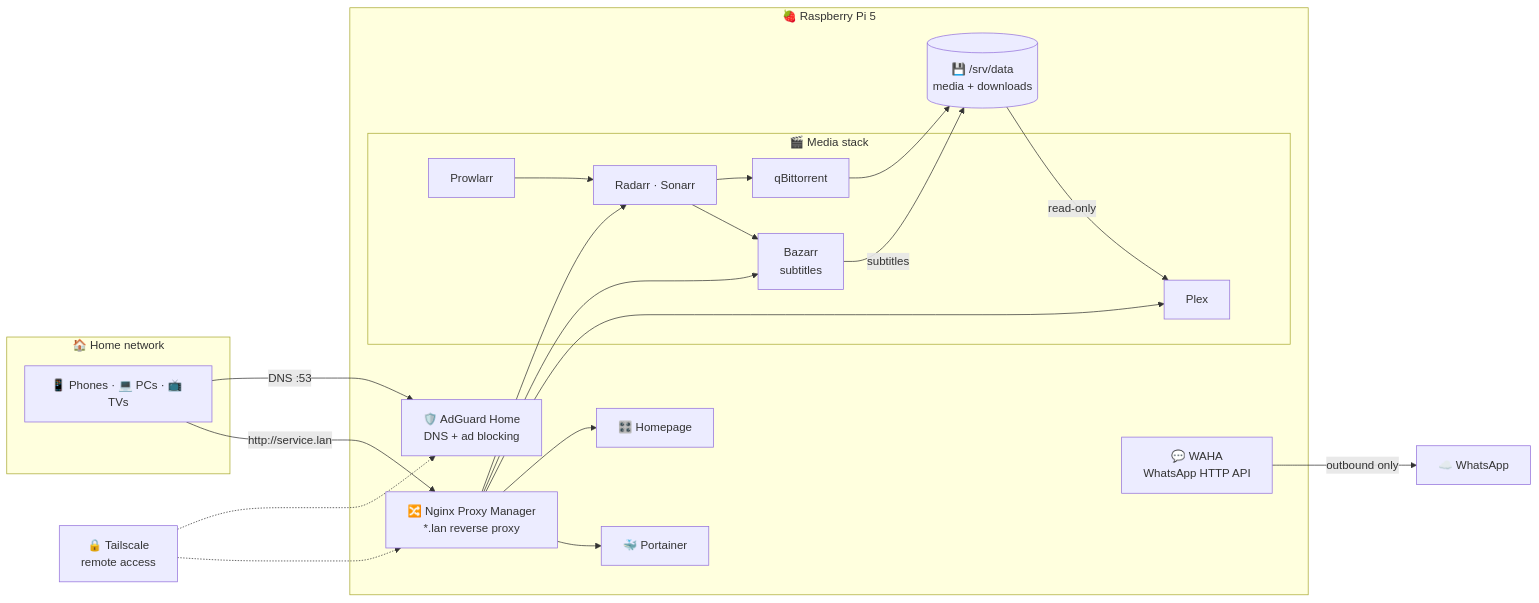
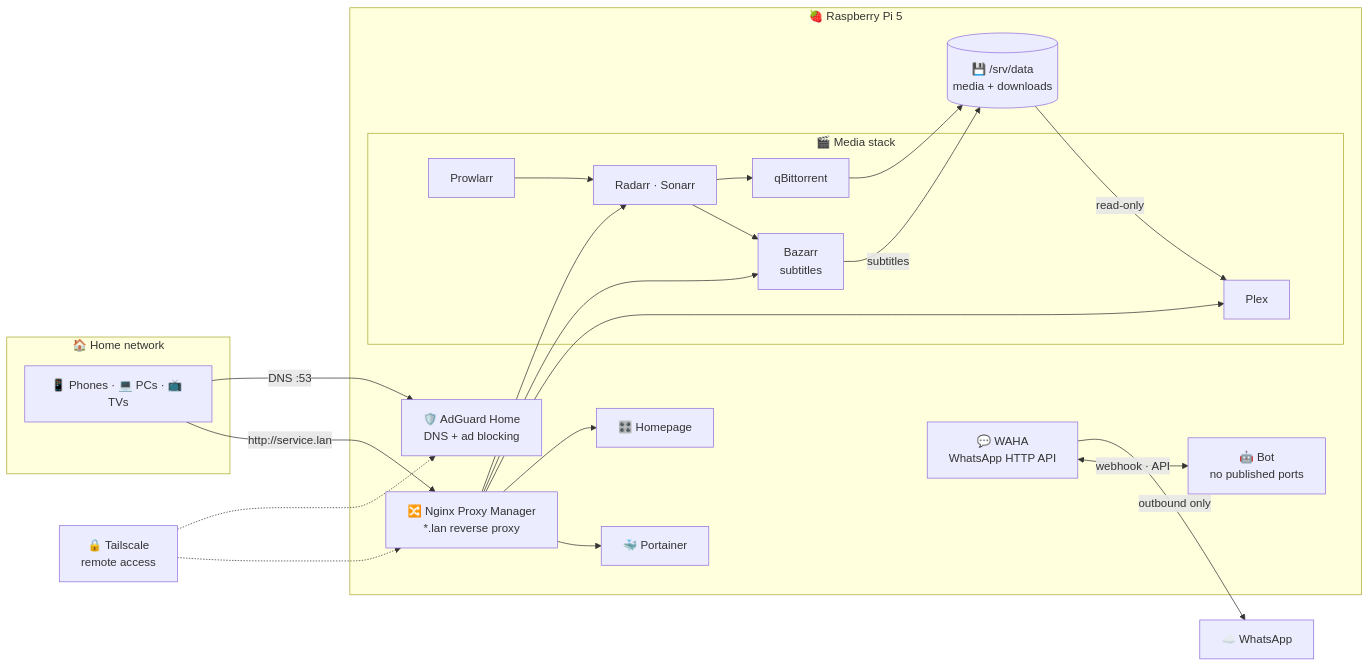
The diagram in README.md (Whuaxu/DjBerry-Homelab), drawn with Mermaid before and after one commit. The commit also changed other lines of this file and 2 other files, not shown here.

Commit message:
docs(repo): Allowlisted the bot source in gitignore and documented the bot in README and root compose

````diff
--- a/README.md
+++ b/README.md
@@ -45,38 +45,40 @@
 ```mermaid
 flowchart LR
     subgraph home["🏠 Home network"]
         D["📱 Phones · 💻 PCs · 📺 TVs"]
     end
     VPN["🔒 Tailscale<br/>remote access"]
 
     subgraph pi["🍓 Raspberry Pi 5"]
         AG["🛡️ AdGuard Home<br/>DNS + ad blocking"]
         NPM["🔀 Nginx Proxy Manager<br/>*.lan reverse proxy"]
         HP["🎛️ Homepage"]
         PT["🐳 Portainer"]
 
         subgraph media["🎬 Media stack"]
             PR["Prowlarr"]
             RS["Radarr · Sonarr"]
             BZ["Bazarr<br/>subtitles"]
             QB["qBittorrent"]
             PX["Plex"]
         end
 
         DATA[("💾 /srv/data<br/>media + downloads")]
 
         WA["💬 WAHA<br/>WhatsApp HTTP API"]
+        BOT["🤖 Bot<br/>no published ports"]
     end
 
     WAC["☁️ WhatsApp"]
 
     D -- "DNS :53" --> AG
     D -- "http://service.lan" --> NPM
     VPN -.-> AG
     VPN -.-> NPM
     NPM --> HP & PT & RS & BZ & PX
     PR --> RS --> QB --> DATA
     RS --> BZ -- "subtitles" --> DATA
     DATA -- "read-only" --> PX
     WA -- "outbound only" --> WAC
+    WA <-- "webhook · API" --> BOT
 ```
````
